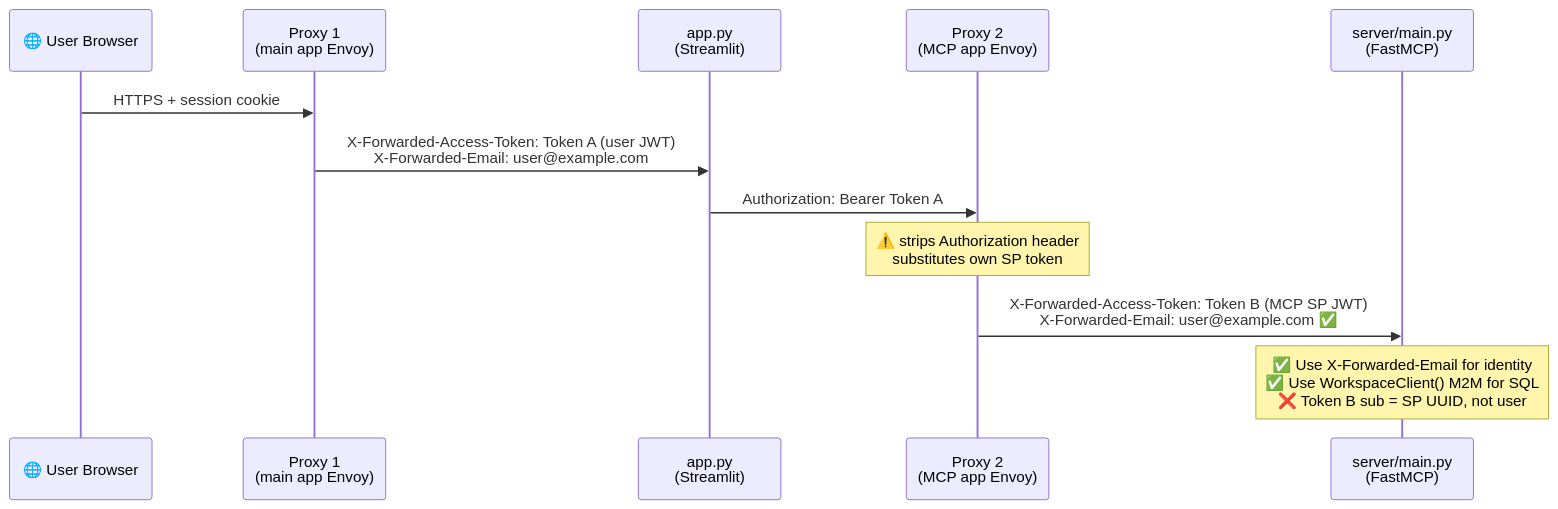
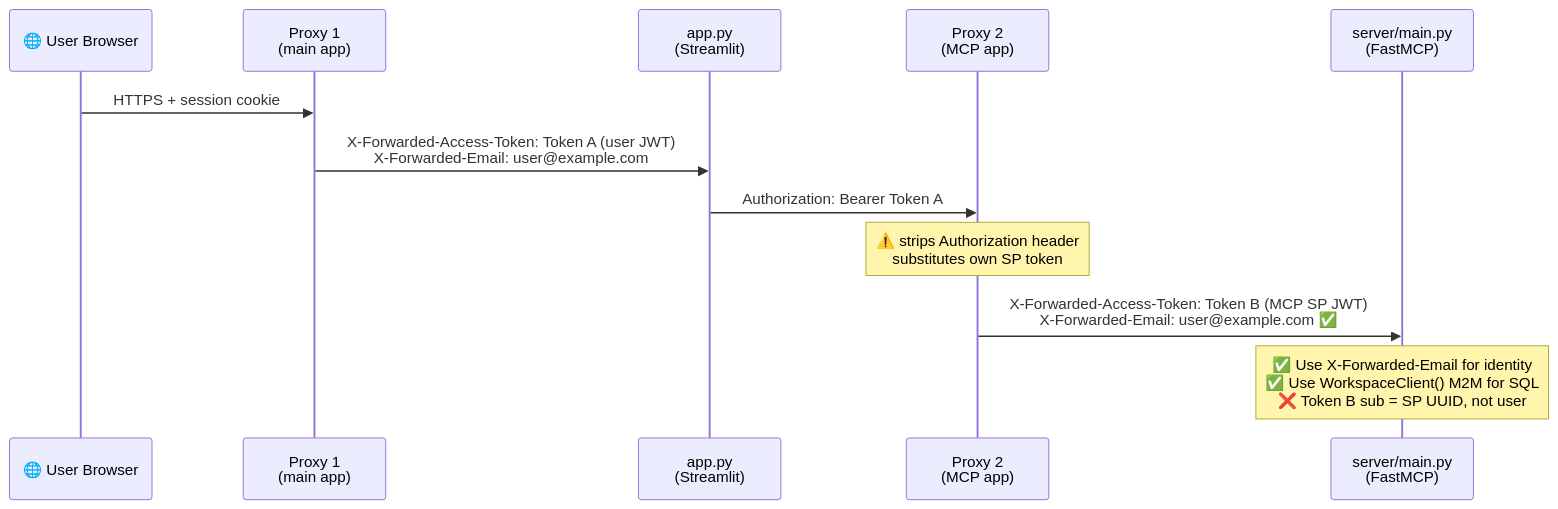
One commit to bhavink/databricks changed the first of 2 diagrams in ai-governance/scenarios/07-AuthZ-SHOWCASE/AUTHZ-PATTERNS.md. Above: the diagram before and after it, drawn with Mermaid. The commit also changed other lines of this file and 2 other files, not shown here.

````diff
--- a/ai-governance/scenarios/07-AuthZ-SHOWCASE/AUTHZ-PATTERNS.md
+++ b/ai-governance/scenarios/07-AuthZ-SHOWCASE/AUTHZ-PATTERNS.md
@@ -13,15 +12,15 @@
 ```mermaid
 sequenceDiagram
     participant B as 🌐 User Browser
-    participant P1 as Proxy 1<br/>(main app Envoy)
+    participant P1 as Proxy 1<br/>(main app)
     participant A as app.py<br/>(Streamlit)
-    participant P2 as Proxy 2<br/>(MCP app Envoy)
+    participant P2 as Proxy 2<br/>(MCP app)
     participant M as server/main.py<br/>(FastMCP)
 
     B->>P1: HTTPS + session cookie
     P1->>A: X-Forwarded-Access-Token: Token A (user JWT)<br/>X-Forwarded-Email: user@example.com
     A->>P2: Authorization: Bearer Token A
     Note over P2: ⚠️ strips Authorization header<br/>substitutes own SP token
     P2->>M: X-Forwarded-Access-Token: Token B (MCP SP JWT)<br/>X-Forwarded-Email: user@example.com ✅
     Note over M: ✅ Use X-Forwarded-Email for identity<br/>✅ Use WorkspaceClient() M2M for SQL<br/>❌ Token B sub = SP UUID, not user
 ```
````
